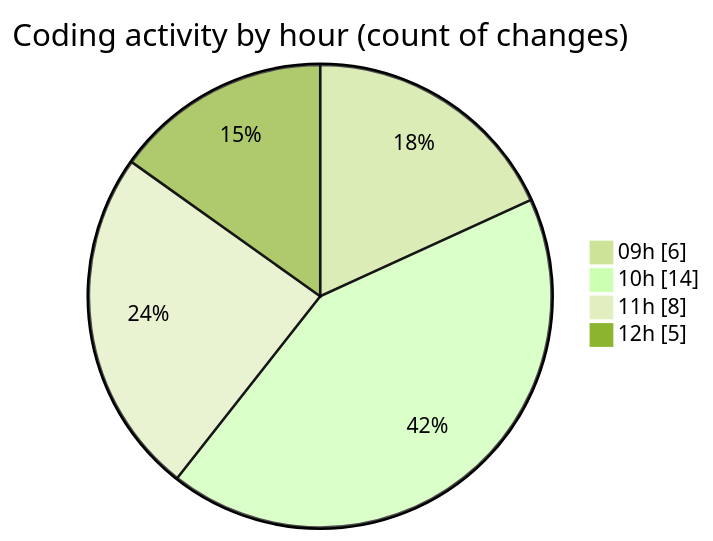
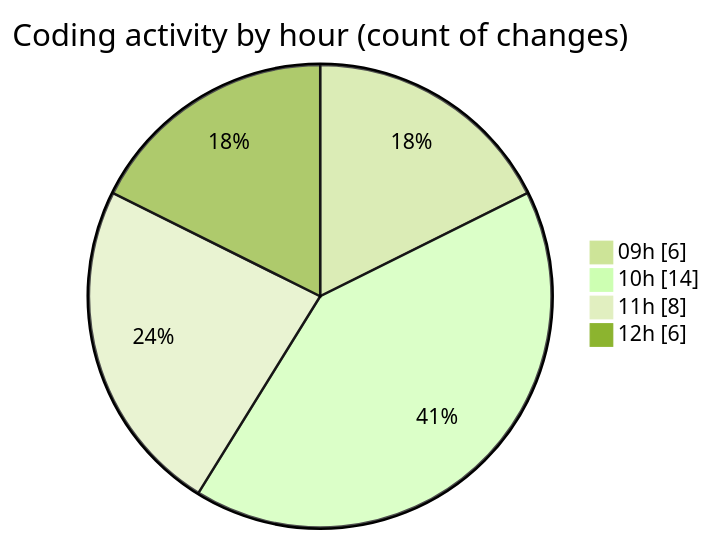
The second of 2 diagrams in 2025-05-09/cda/README.md (momahboobian/code-tracking), drawn with Mermaid (forest theme) before and after one commit. The commit also changed other lines of this file and 1 other file, not shown here.

````diff
--- a/2025-05-09/cda/README.md
+++ b/2025-05-09/cda/README.md
@@ -33,8 +33,8 @@
 ```mermaid
 pie showData
 title Coding activity by hour (count of changes)
 "09h" : 6
 "10h" : 14
 "11h" : 8
-"12h" : 5
+"12h" : 6
 ```
````
